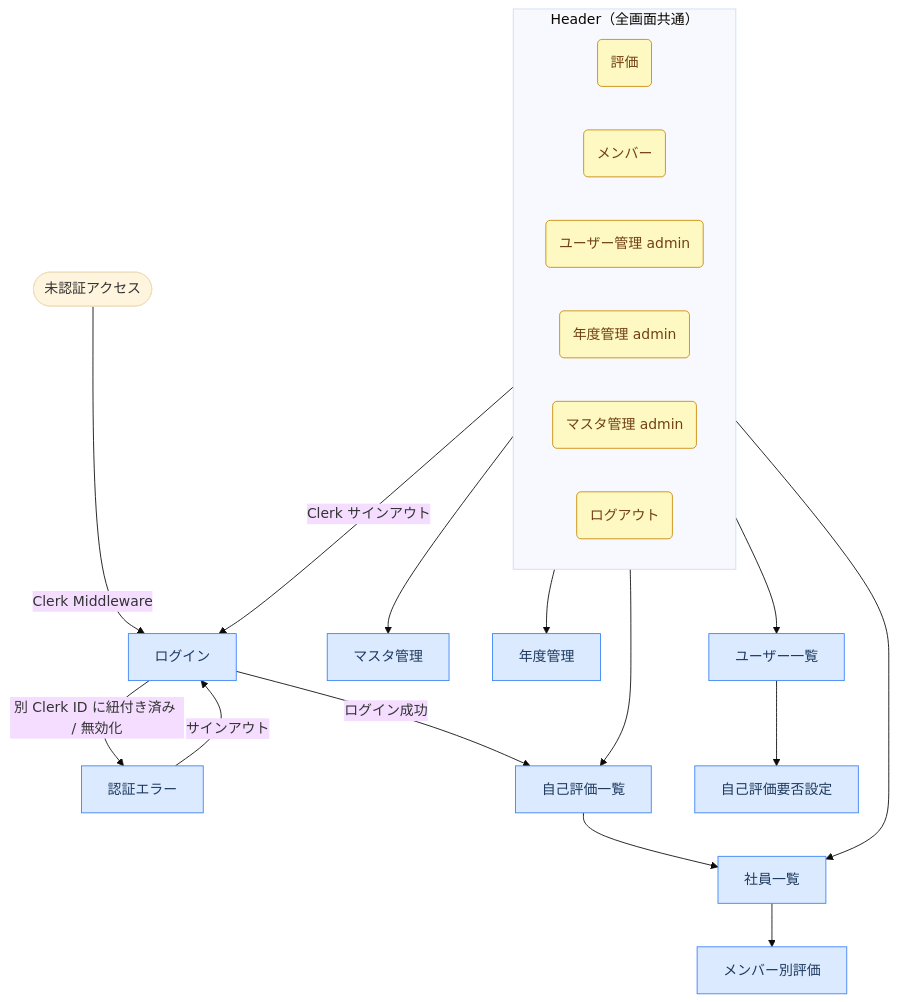
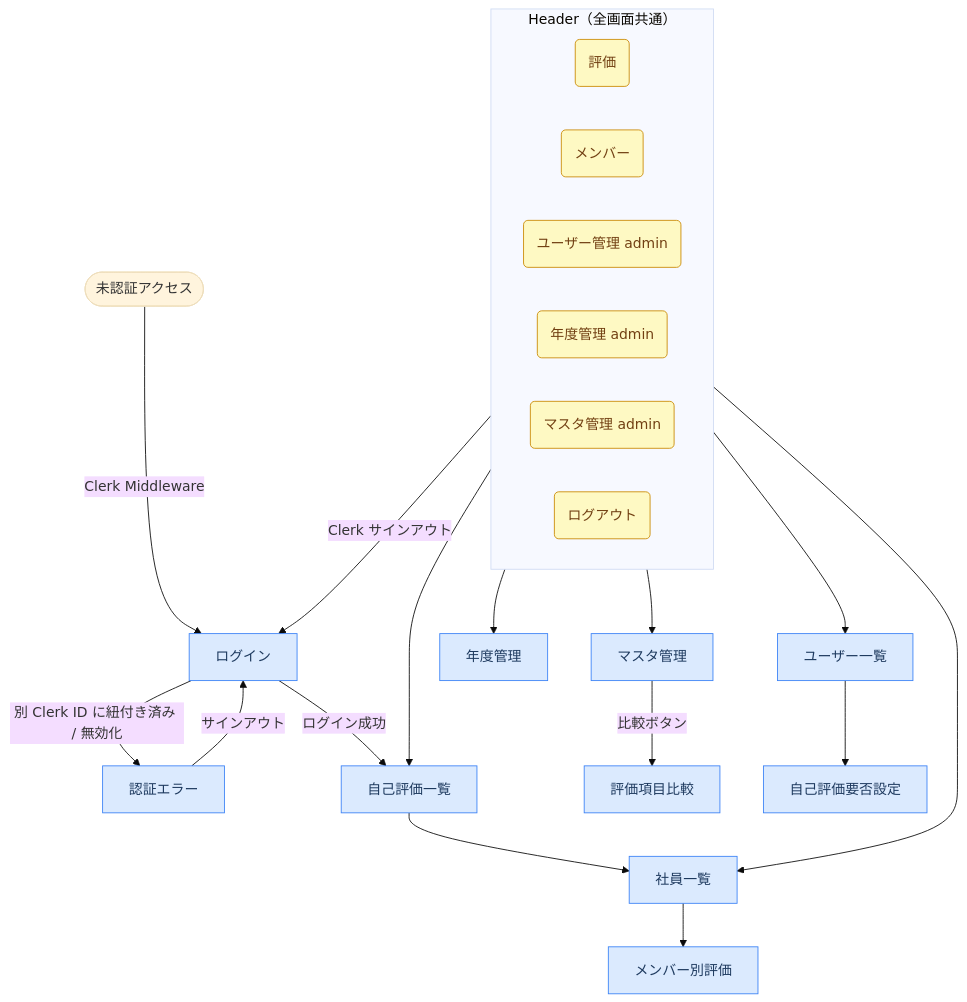
Before and after one commit to ot-nemoto/eval-hub: the diagram in docs/ui.md, drawn with Mermaid (base theme). The commit also changed other lines of this file and 5 other files, not shown here.

````diff
--- a/docs/ui.md
+++ b/docs/ui.md
@@ -26,43 +27,45 @@
 ```mermaid
 flowchart TD
     classDef screen fill:#dbeafe,stroke:#3b82f6,color:#1e3a5f
     classDef nav fill:#fef9c3,stroke:#ca8a04,color:#713f12
 
     UNAUTH([未認証アクセス])
     LOGIN["ログイン"]:::screen
     AUTH_ERROR["認証エラー"]:::screen
     EVALUATIONS["自己評価一覧"]:::screen
     MEMBERS["社員一覧"]:::screen
     MEMBER_EVAL["メンバー別評価"]:::screen
     ADMIN_TARGETS["マスタ管理"]:::screen
+    ADMIN_COMPARE["評価項目比較"]:::screen
     ADMIN_YEARS["年度管理"]:::screen
     ADMIN_USERS["ユーザー一覧"]:::screen
     ADMIN_SETTINGS["自己評価要否設定"]:::screen
 
     UNAUTH -->|"Clerk Middleware"| LOGIN
     LOGIN -->|"ログイン成功"| EVALUATIONS
     LOGIN -->|"別 Clerk ID に紐付き済み / 無効化"| AUTH_ERROR
     AUTH_ERROR -->|"サインアウト"| LOGIN
 
     EVALUATIONS --> MEMBERS
     MEMBERS --> MEMBER_EVAL
 
     ADMIN_USERS --> ADMIN_SETTINGS
 
     subgraph Header ["Header（全画面共通）"]
         direction LR
         H_EVAL("評価"):::nav
         H_MEMBERS("メンバー"):::nav
         H_ADMIN_USERS("ユーザー管理 admin"):::nav
         H_ADMIN_YEARS("年度管理 admin"):::nav
         H_ADMIN_TARGETS("マスタ管理 admin"):::nav
         H_LOGOUT("ログアウト"):::nav
     end
 
     H_EVAL --> EVALUATIONS
     H_MEMBERS --> MEMBERS
     H_ADMIN_USERS --> ADMIN_USERS
     H_ADMIN_YEARS --> ADMIN_YEARS
     H_ADMIN_TARGETS --> ADMIN_TARGETS
+    ADMIN_TARGETS -->|"比較ボタン"| ADMIN_COMPARE
     H_LOGOUT -->|"Clerk サインアウト"| LOGIN
 ```
````
